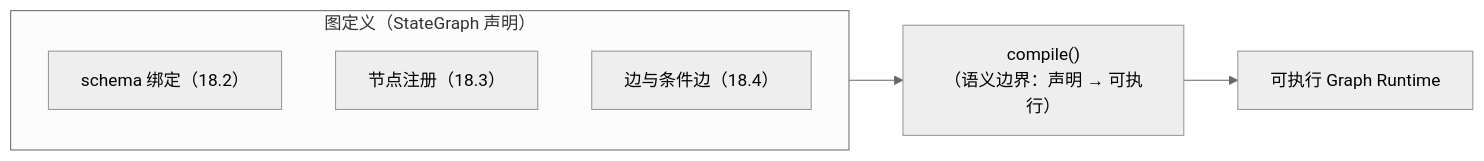
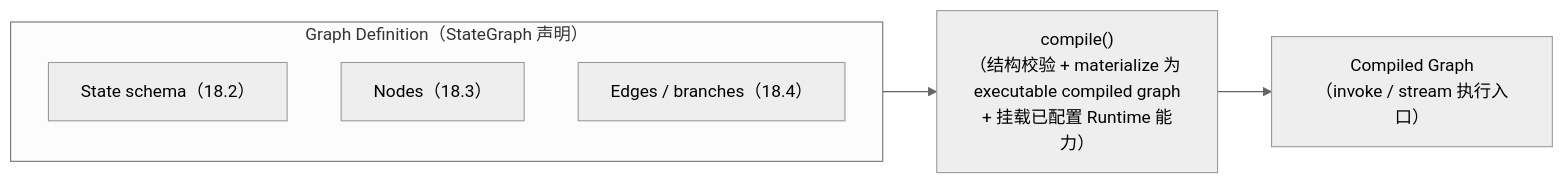
Before and after one commit to AnRun-M/enterprise-ai-agent-handbook: the second of 3 diagrams in docs/04-text2sql/ch18-stategraph-graph-runtime.md, drawn with Mermaid (neutral theme). The commit also changed other lines of this file and 2 other files, not shown here.

````diff
--- a/docs/04-text2sql/ch18-stategraph-graph-runtime.md
+++ b/docs/04-text2sql/ch18-stategraph-graph-runtime.md
@@ -111,10 +115,10 @@
 ```mermaid
 flowchart LR
-    subgraph DEF["图定义（StateGraph 声明）"]
-        D1["schema 绑定（18.2）"]
-        D2["节点注册（18.3）"]
-        D3["边与条件边（18.4）"]
+    subgraph DEF["Graph Definition（StateGraph 声明）"]
+        D1["State schema（18.2）"]
+        D2["Nodes（18.3）"]
+        D3["Edges / branches（18.4）"]
     end
-    DEF --> COMP["compile()\n（语义边界：声明 → 可执行）"]
-    COMP --> RT["可执行 Graph Runtime"]
+    DEF --> COMP["compile()\n（结构校验 + materialize 为 executable compiled graph\n+ 挂载已配置 Runtime 能力）"]
+    COMP --> RT["Compiled Graph\n（invoke / stream 执行入口）"]
 ```
````
